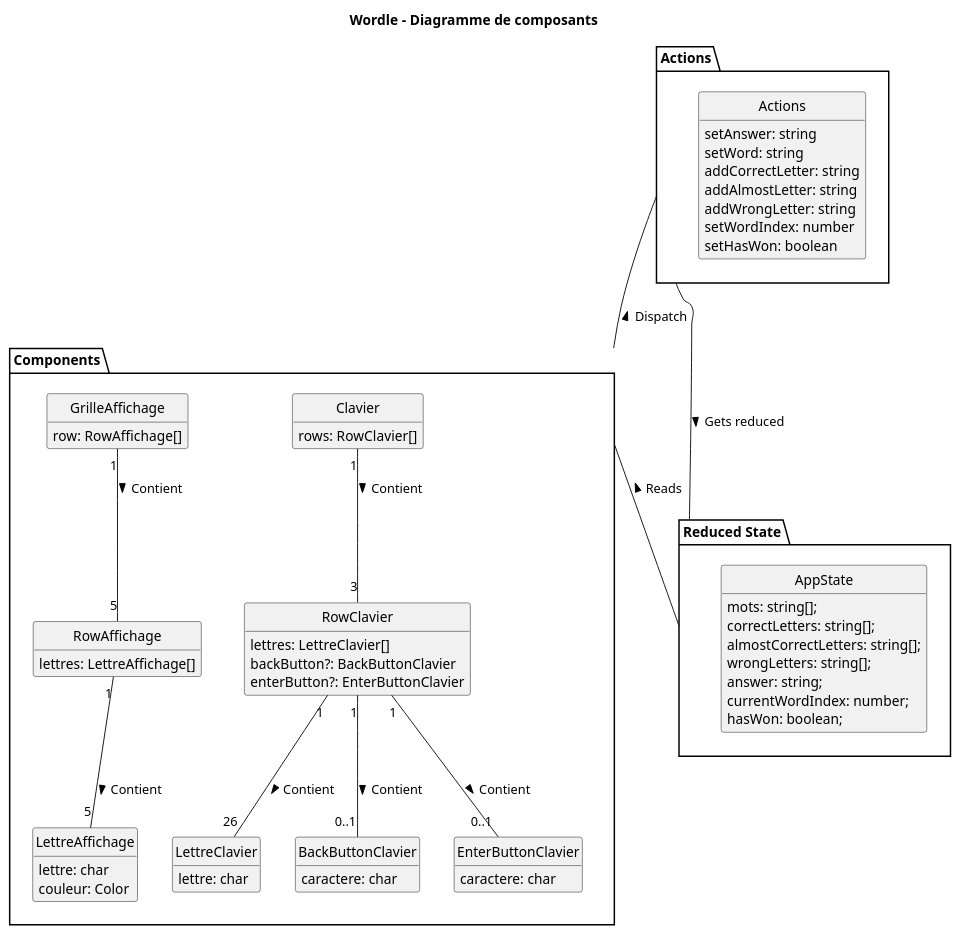
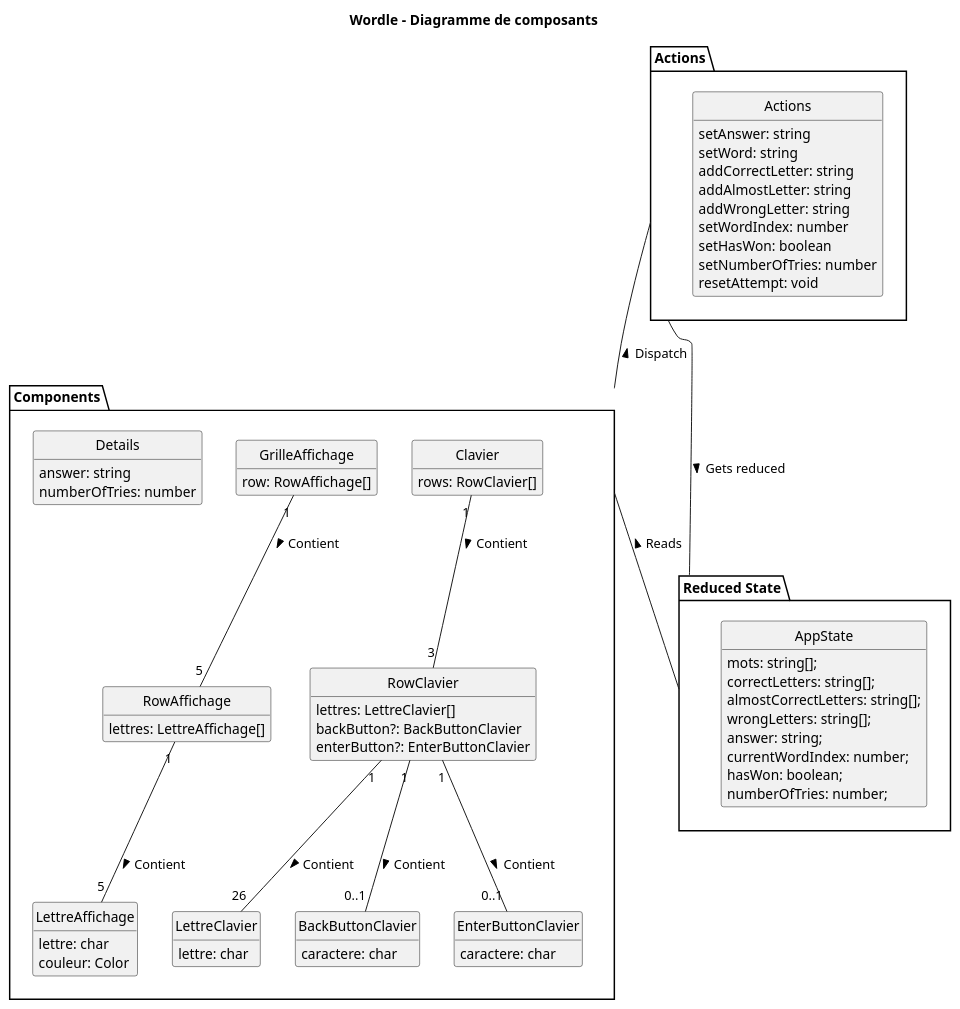
One commit to G-lalonde/wordle-clone changed the diagram in doc/mdd.puml. Above: the diagram before and after it, drawn with PlantUML. The commit also changed 21 other files, not shown here.

```diff
--- a/doc/mdd.puml
+++ b/doc/mdd.puml
@@ -1,78 +1,86 @@
 @startuml MDD
 skinparam style strictuml
 hide methods
 hide empty members
 title Wordle - Diagramme de composants
 
 package "Reduced State" {
   class AppState {
     mots: string[];
     correctLetters: string[];
     almostCorrectLetters: string[];
     wrongLetters: string[];
     answer: string;
     currentWordIndex: number;
     hasWon: boolean;
+    numberOfTries: number;
   }
 }
 
 package "Actions" {
   class Actions {
     setAnswer: string
     setWord: string
     addCorrectLetter: string
     addAlmostLetter: string
     addWrongLetter: string
     setWordIndex: number
     setHasWon: boolean
+    setNumberOfTries: number
+    resetAttempt: void
   }
 }
 
 package "Components" {
   class LettreClavier {
     lettre: char
   }
 
   class BackButtonClavier {
     caractere: char
   }
 
   class EnterButtonClavier {
     caractere: char
   }
 
   class Clavier {
     rows: RowClavier[]
   }
 
   class RowClavier {
     lettres: LettreClavier[]
     backButton?: BackButtonClavier
     enterButton?: EnterButtonClavier
   }
 
   class LettreAffichage {
     lettre: char
     couleur: Color
   }
 
   class RowAffichage {
       lettres: LettreAffichage[]
   }
 
   class GrilleAffichage {
       row: RowAffichage[]
   }
+
+  class Details {
+      answer: string
+      numberOfTries: number
+  }
 }
 
 GrilleAffichage "1" -down- "5" RowAffichage : Contient >
 RowAffichage "1" -down- "5" LettreAffichage : Contient >
 Clavier "1" -down- "3" RowClavier: Contient >
 RowClavier "1" -down- "26" LettreClavier: Contient >
 RowClavier "1" -down- "0..1" BackButtonClavier: Contient >
 RowClavier "1" -down- "0..1" EnterButtonClavier: Contient >
 Components -up- Actions: Dispatch >
 Actions -right- "Reduced State": Gets reduced >
 Components -down- "Reduced State": < Reads
 
 @enduml
```
